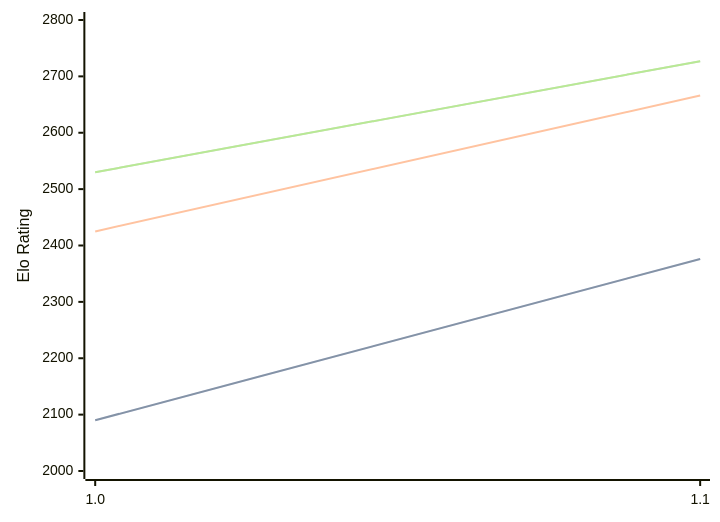
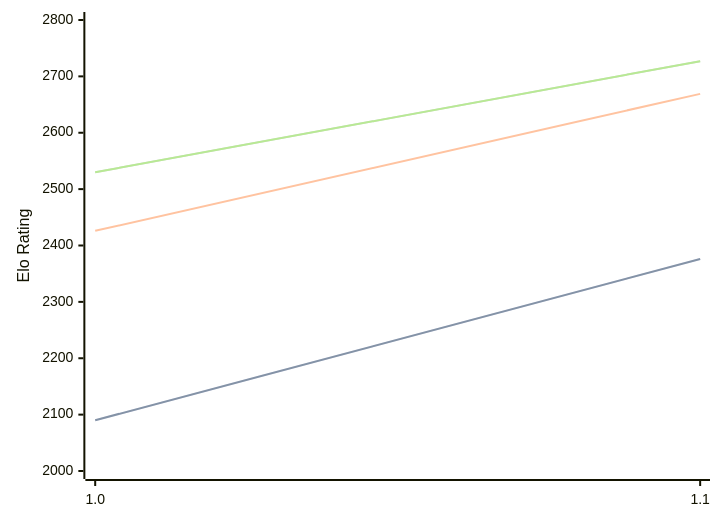
Before and after one commit to computer-chess-index/cci: the diagram in engines/Erinn.md, drawn with Mermaid. The commit also changed other lines of this file, not shown here.

````diff
--- a/engines/Erinn.md
+++ b/engines/Erinn.md
@@ -32,11 +32,11 @@
 ```mermaid
 %%{init: {"theme":"base","themeVariables":{"seriesColors:['#a3a3a3','#222221','#faa371']}}}%%
 xychart-beta
   x-axis ["1.0", "1.1"]
   y-axis "Elo Rating" 2000 --> 2800
   line "" [2090, 2376]
   line "STC (8.0+0.08s)" [2090, 2376]
-  line "LTC (60.0+0.60s)" [2425, 2666]
+  line "LTC (60.0+0.60s)" [2426, 2669]
   line "" [2530, 2727]
   line "VLTC (2m24s+1.12s)" [2530, 2727]
 ```
````
